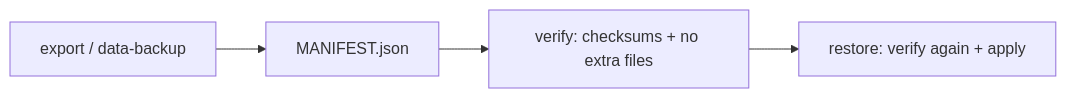
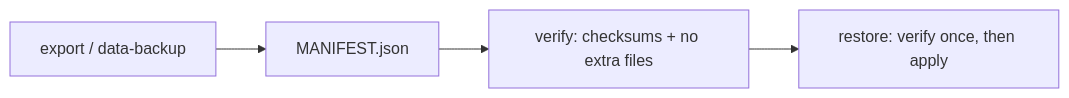
The diagram in docs/portable-bundle.md (thecuriousts/ensembly), drawn with Mermaid before and after one commit. The commit also changed other lines of this file and 24 other files, not shown here.

````diff
--- a/docs/portable-bundle.md
+++ b/docs/portable-bundle.md
@@ -83,6 +97,6 @@
 ```mermaid
 flowchart LR
   export[export / data-backup] --> manifest[MANIFEST.json]
-  manifest -->   verify[verify: checksums + no extra files]
-  verify --> restore[restore: verify again + apply]
+  manifest --> verify[verify: checksums + no extra files]
+  verify --> restore[restore: verify once, then apply]
 ```
````
